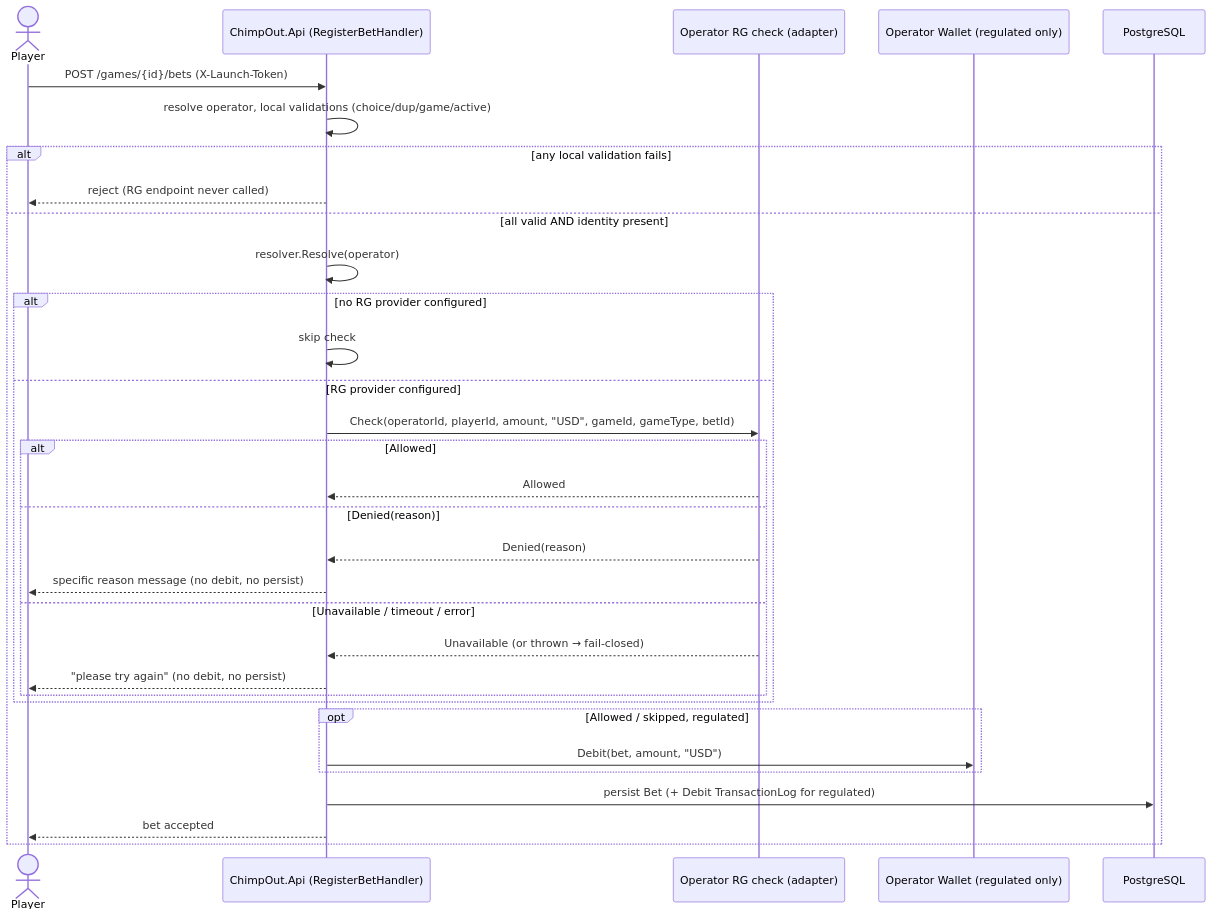
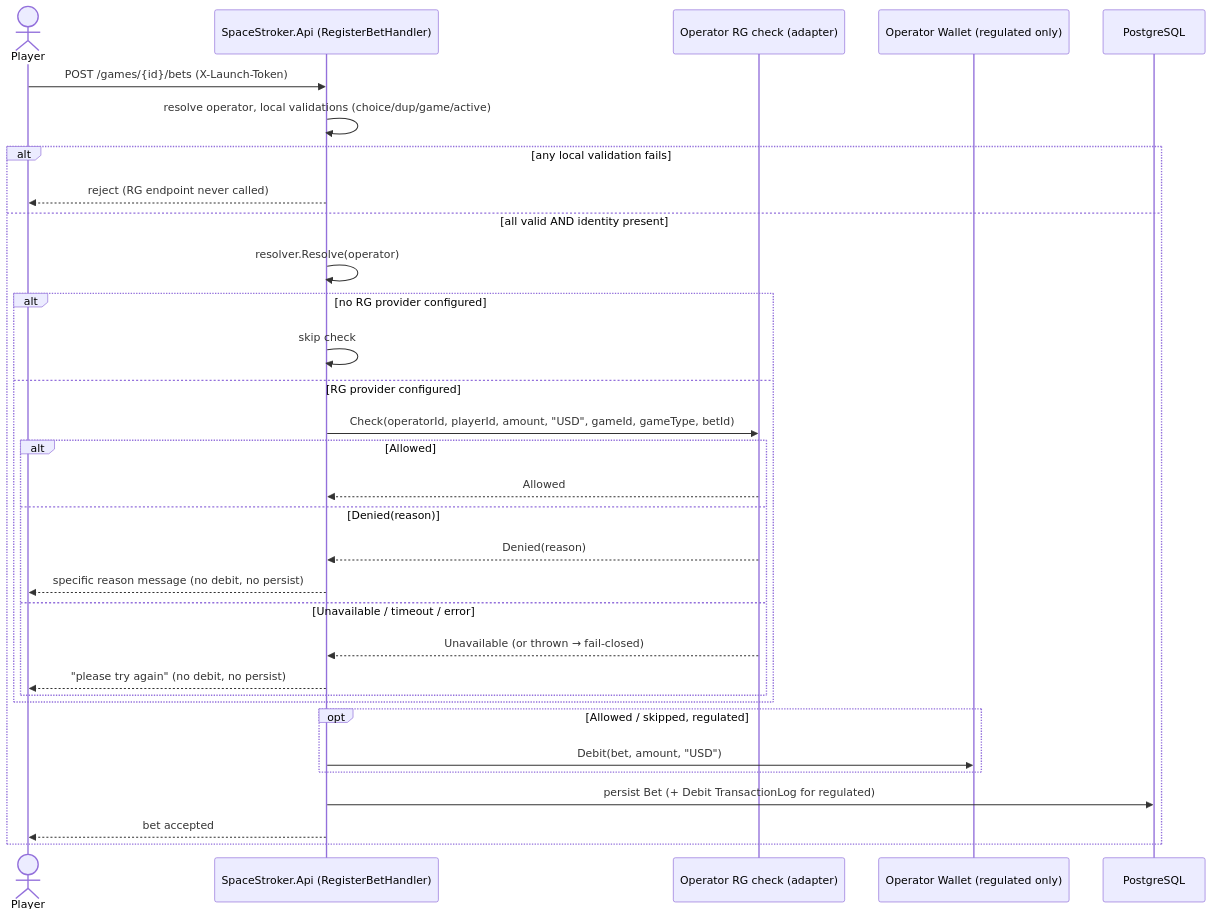
The diagram in specs/rg-pre-bet-hook.md (marcusruas/monkify-meta), drawn with Mermaid before and after one commit. The commit also changed other lines of this file and 99 other files, not shown here.

First line of the commit message:
Rename ChimpOut -> SpaceStroker across deploy + KB (#75).

````diff
--- a/specs/rg-pre-bet-hook.md
+++ b/specs/rg-pre-bet-hook.md
@@ -417,35 +417,35 @@
 ```mermaid
 sequenceDiagram
     actor Player
-    participant API as ChimpOut.Api (RegisterBetHandler)
+    participant API as SpaceStroker.Api (RegisterBetHandler)
     participant RG as Operator RG check (adapter)
     participant W as Operator Wallet (regulated only)
     participant DB as PostgreSQL
 
     Player->>API: POST /games/{id}/bets  (X-Launch-Token)
     API->>API: resolve operator, local validations (choice/dup/game/active)
     alt any local validation fails
         API-->>Player: reject (RG endpoint never called)
     else all valid AND identity present
         API->>API: resolver.Resolve(operator)
         alt no RG provider configured
             API->>API: skip check
         else RG provider configured
             API->>RG: Check(operatorId, playerId, amount, "USD", gameId, gameType, betId)
             alt Allowed
                 RG-->>API: Allowed
             else Denied(reason)
                 RG-->>API: Denied(reason)
                 API-->>Player: specific reason message (no debit, no persist)
             else Unavailable / timeout / error
                 RG-->>API: Unavailable  (or thrown → fail-closed)
                 API-->>Player: "please try again" (no debit, no persist)
             end
         end
         opt Allowed / skipped, regulated
             API->>W: Debit(bet, amount, "USD")
         end
         API->>DB: persist Bet (+ Debit TransactionLog for regulated)
         API-->>Player: bet accepted
     end
 ```
````
